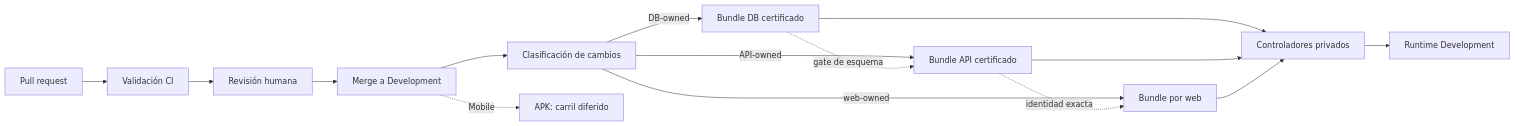
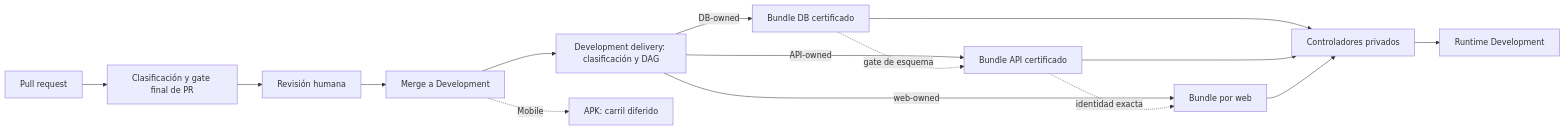
The diagram in Vault/07-entrega/README.md (ErickEduardo027/ELEVANT), drawn with Mermaid before and after one commit. The commit also changed other lines of this file and 8 other files, not shown here.

````diff
--- a/Vault/07-entrega/README.md
+++ b/Vault/07-entrega/README.md
@@ -49,17 +52,17 @@
 ```mermaid
 flowchart LR
-    PR[Pull request] --> CI[Validación CI]
+    PR[Pull request] --> CI[Clasificación y gate final de PR]
     CI --> Review[Revisión humana]
     Review --> Merge[Merge a Development]
-    Merge --> Class[Clasificación de cambios]
+    Merge --> Class[Development delivery: clasificación y DAG]
     Class -->|DB-owned| DB[Bundle DB certificado]
     Class -->|API-owned| API[Bundle API certificado]
     Class -->|web-owned| WEB[Bundle por web]
     DB -.->|gate de esquema| API
     API -.->|identidad exacta| WEB
     DB --> Pull[Controladores privados]
     API --> Pull
     WEB --> Pull
     Pull --> DEV[Runtime Development]
     Merge -.->|Mobile| Future[APK: carril diferido]
 ```
````
